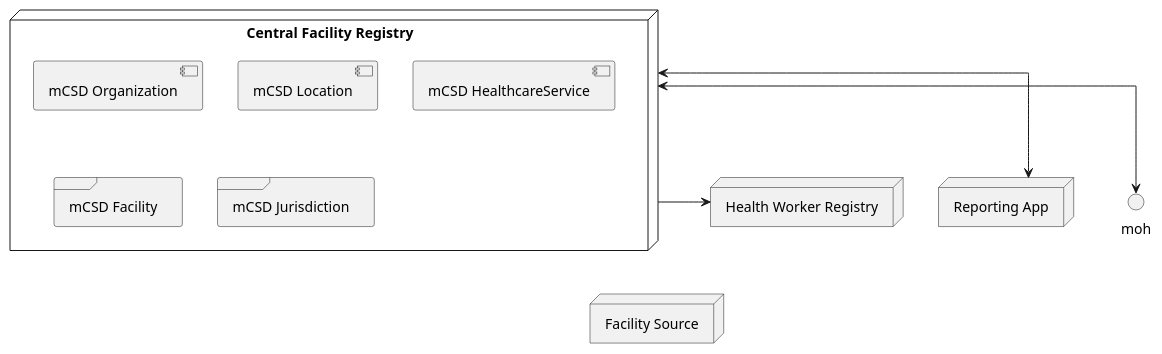
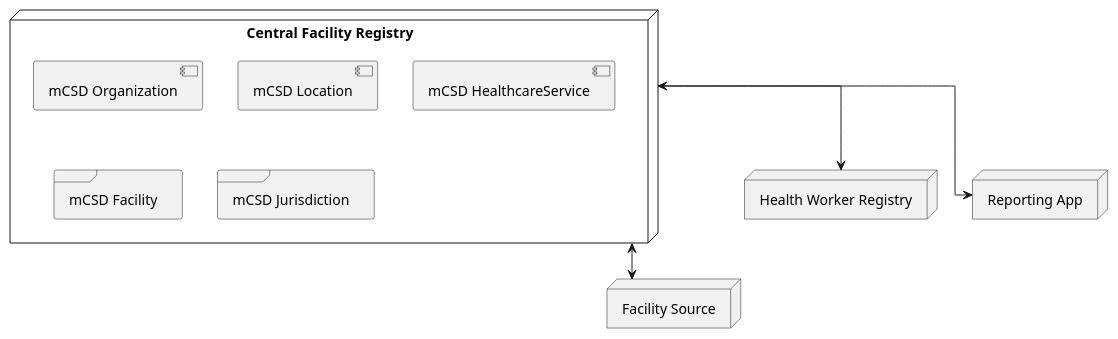
One commit to IHE/mCSD-Whitepaper changed the eighth of 17 diagrams in mCSD-Whitepaper.plantuml. Above: the diagram before and after it, drawn with PlantUML. The commit also changed other lines of this file and 13 other files, not shown here.

Commit message:
Updated content for health worker and care services registries and added diagrams.

```diff
--- a/mCSD-Whitepaper.plantuml
+++ b/mCSD-Whitepaper.plantuml
@@ -191,28 +192,28 @@
 @startuml federated-facility-services
 skinparam componentStyle uml2
 skinparam linetype ortho
 top to bottom direction
 
 node registry as "Central Facility Registry" {
   component forg as "mCSD Organization"
   component floc as "mCSD Location"
   component service as "mCSD HealthcareService"
   frame "mCSD Facility"
   frame "mCSD Jurisdiction"
 }
 
 node source as "Facility Source"
 
 node hwr as "Health Worker Registry"
 
 node app as "Reporting App"
 
 
 registry -[hidden]--> source
 registry -[hidden]-> app
 
-registry <--> moh 
+registry <--> source 
 registry --> hwr 
 registry <--> app 
 
 @enduml
```
